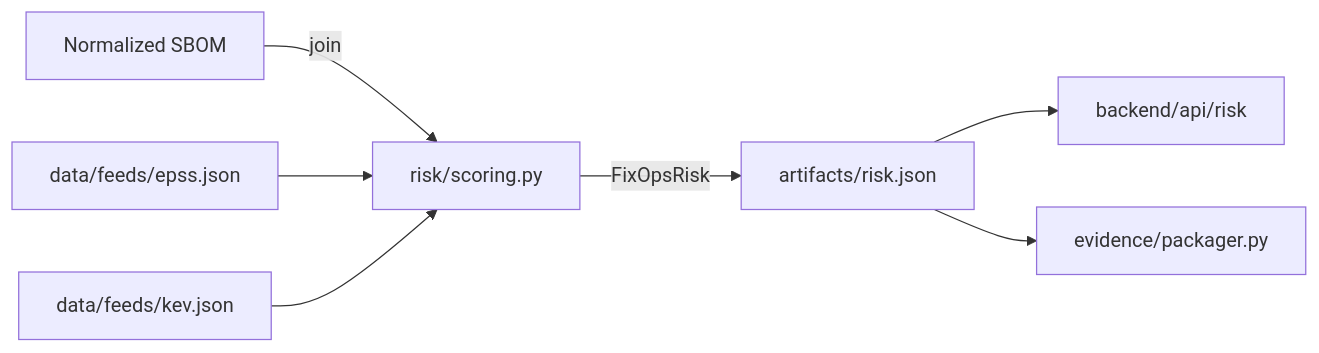
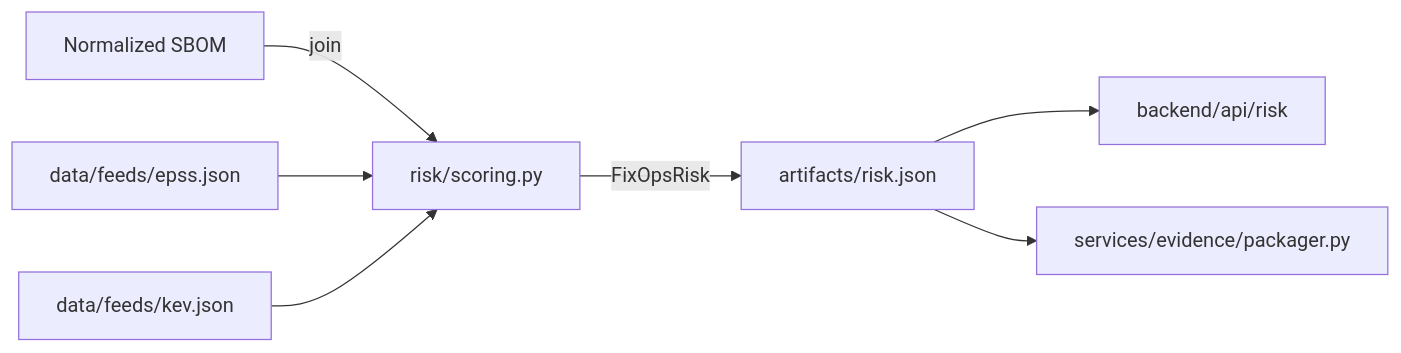
The fourth of 18 diagrams in readme_updated.md (DevOpsMadDog/Fixops), drawn with Mermaid before and after one commit. The commit also changed other lines of this file and 19 other files, not shown here.

Commit message:
Refactor crosswalk services and evidence lifecycle

````diff
--- a/readme_updated.md
+++ b/readme_updated.md
@@ -364,9 +364,9 @@
 ```mermaid
 flowchart LR
     SBOM["Normalized SBOM"] -->|join| Joiner["risk/scoring.py"]
     EPSS["data/feeds/epss.json"] --> Joiner
     KEV["data/feeds/kev.json"] --> Joiner
     Joiner -->|FixOpsRisk| RiskOut["artifacts/risk.json"]
     RiskOut --> API["backend/api/risk"]
-    RiskOut --> Evidence["evidence/packager.py"]
+    RiskOut --> Evidence["services/evidence/packager.py"]
 ```
````
